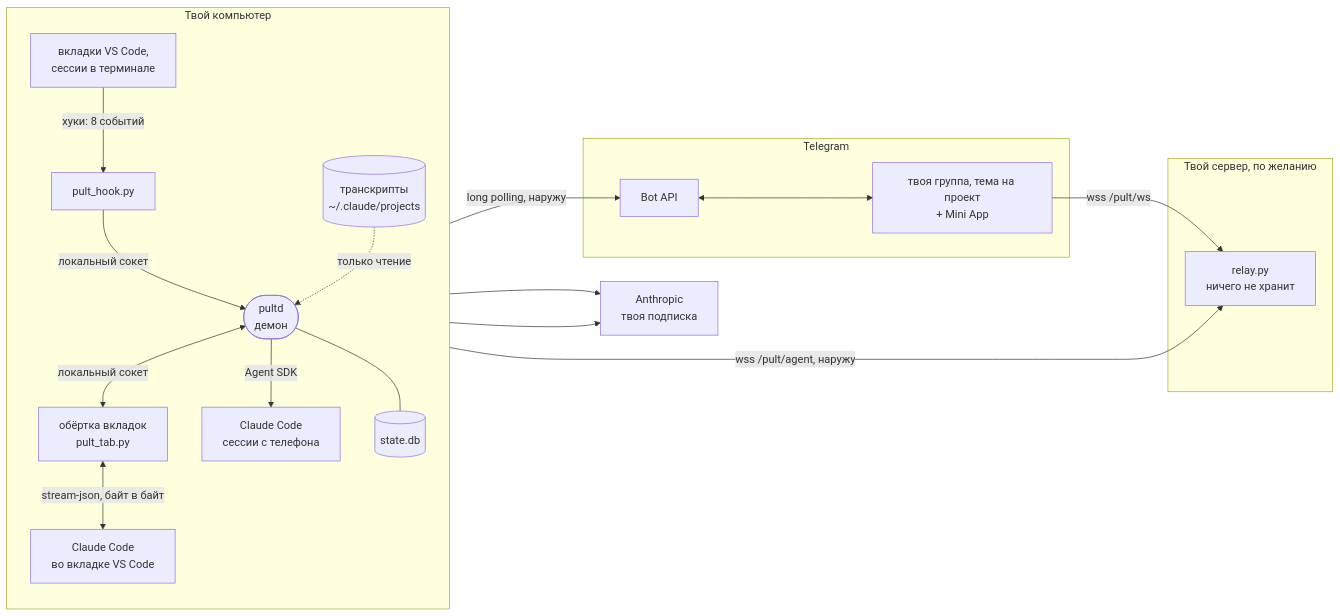
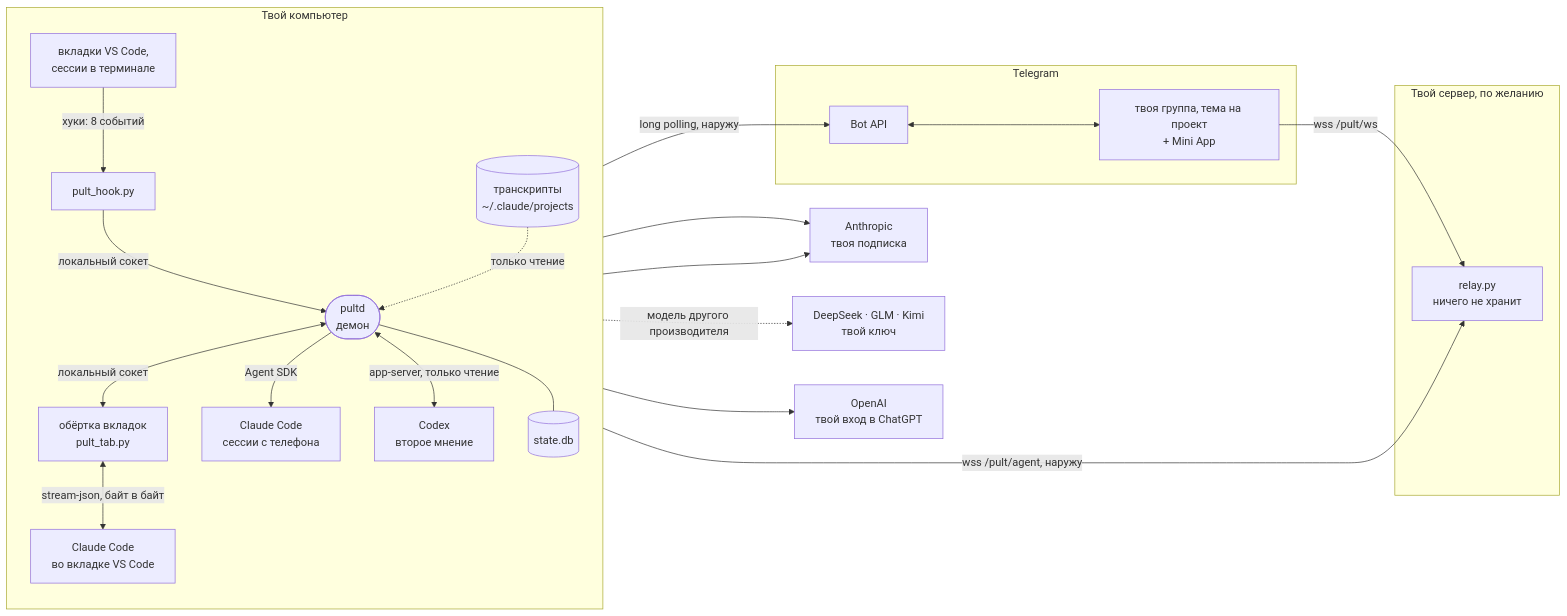
One commit to pulthq/pult changed the first of 6 diagrams in ARCHITECTURE.ru.md. Above: the diagram before and after it, drawn with Mermaid. The commit also changed other lines of this file and 75 other files, not shown here.

````diff
--- a/ARCHITECTURE.ru.md
+++ b/ARCHITECTURE.ru.md
@@ -12,26 +14,29 @@
 ```mermaid
 flowchart LR
   subgraph PC["Твой компьютер"]
     direction TB
     TAB["вкладки VS Code,<br/>сессии в терминале"] -->|"хуки: 8 событий"| HOOK["pult_hook.py"]
     HOOK -->|"локальный сокет"| D(["pultd<br/>демон"])
     D <-->|"локальный сокет"| WRAP["обёртка вкладок<br/>pult_tab.py"]
     WRAP <-->|"stream-json, байт в байт"| CCT["Claude Code<br/>во вкладке VS Code"]
     D -->|"Agent SDK"| CCS["Claude Code<br/>сессии с телефона"]
+    D <-->|"app-server, только чтение"| CX["Codex<br/>второе мнение"]
     LOGS[("транскрипты<br/>~/.claude/projects")] -.->|"только чтение"| D
     D --- DB[("state.db")]
   end
   subgraph SRV["Твой сервер, по желанию"]
     R["relay.py<br/>ничего не хранит"]
   end
   subgraph TG["Telegram"]
     API["Bot API"]
     APP["твоя группа, тема на проект<br/>+ Mini App"]
   end
   D -->|"long polling, наружу"| API
   API <--> APP
   APP -->|"wss /pult/ws"| R
   D -->|"wss /pult/agent, наружу"| R
   CCT --> ANT["Anthropic<br/>твоя подписка"]
   CCS --> ANT
+  CCS -.->|"модель другого производителя"| VEN["DeepSeek · GLM · Kimi<br/>твой ключ"]
+  CX --> OAI["OpenAI<br/>твой вход в ChatGPT"]
 ```
````
